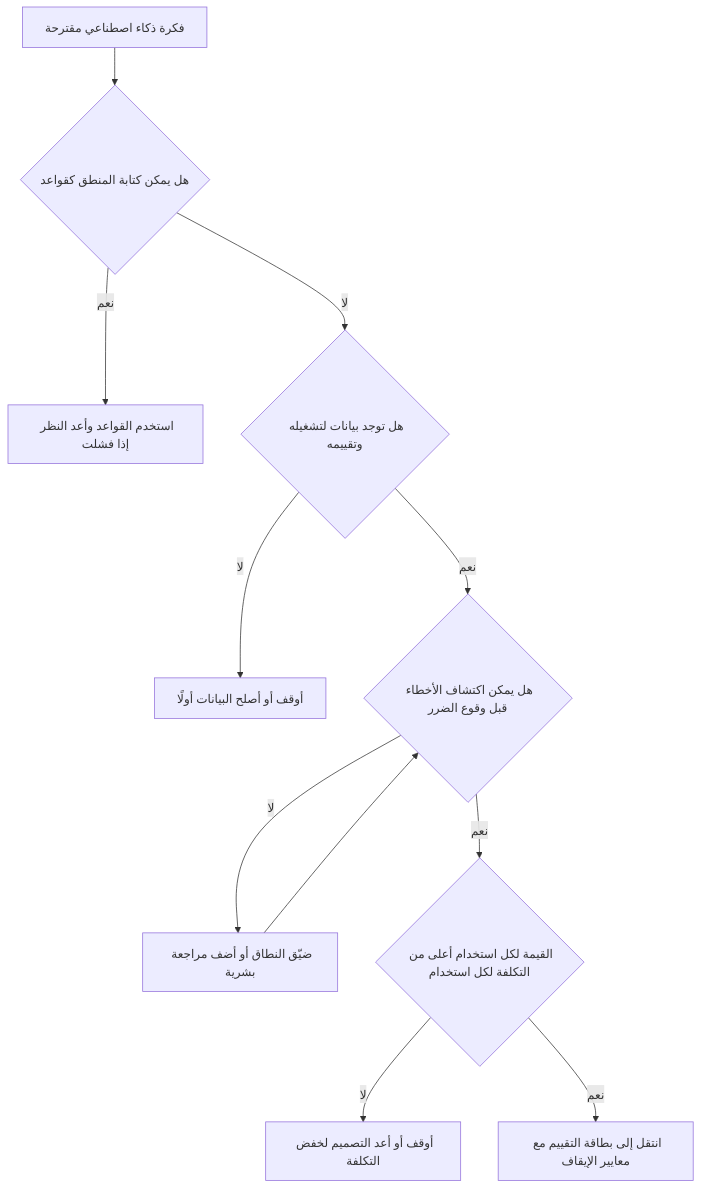
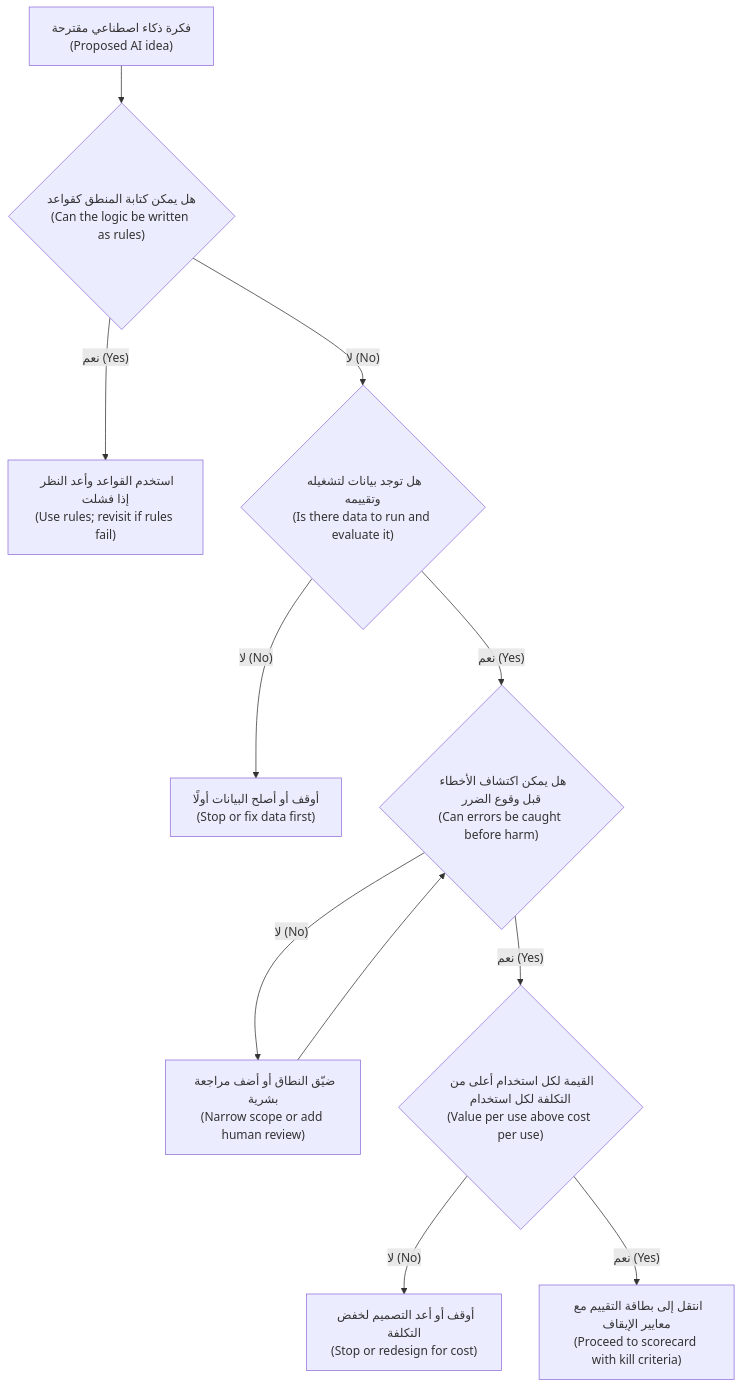
One commit to Tamoura/system-design-for-vibe-coders changed the third of 3 diagrams in aipm/modules/02-discovery.ar.md. Above: the diagram before and after it, drawn with Mermaid. The commit also changed other lines of this file and 9 other files, not shown here.

First line of the commit message:
AI PM course (AR): right-to-left diagrams with English labels

````diff
--- a/aipm/modules/02-discovery.ar.md
+++ b/aipm/modules/02-discovery.ar.md
@@ -498,13 +498,13 @@
 ```mermaid
 flowchart TD
-    A["فكرة ذكاء اصطناعي مقترحة"] --> B{"هل يمكن كتابة المنطق كقواعد"}
-    B -- "نعم" --> R["استخدم القواعد وأعد النظر إذا فشلت"]
-    B -- "لا" --> C{"هل توجد بيانات لتشغيله وتقييمه"}
-    C -- "لا" --> D["أوقف أو أصلح البيانات أولًا"]
-    C -- "نعم" --> E{"هل يمكن اكتشاف الأخطاء قبل وقوع الضرر"}
-    E -- "لا" --> F["ضيّق النطاق أو أضف مراجعة بشرية"]
-    E -- "نعم" --> G{"القيمة لكل استخدام أعلى من التكلفة لكل استخدام"}
-    G -- "لا" --> H["أوقف أو أعد التصميم لخفض التكلفة"]
-    G -- "نعم" --> I["انتقل إلى بطاقة التقييم مع معايير الإيقاف"]
+    A["فكرة ذكاء اصطناعي مقترحة<br/>(Proposed AI idea)"] --> B{"هل يمكن كتابة المنطق كقواعد<br/>(Can the logic be written as rules)"}
+    B -- "نعم (Yes)" --> R["استخدم القواعد وأعد النظر إذا فشلت<br/>(Use rules#59; revisit if rules fail)"]
+    B -- "لا (No)" --> C{"هل توجد بيانات لتشغيله وتقييمه<br/>(Is there data to run and evaluate it)"}
+    C -- "لا (No)" --> D["أوقف أو أصلح البيانات أولًا<br/>(Stop or fix data first)"]
+    C -- "نعم (Yes)" --> E{"هل يمكن اكتشاف الأخطاء قبل وقوع الضرر<br/>(Can errors be caught before harm)"}
+    E -- "لا (No)" --> F["ضيّق النطاق أو أضف مراجعة بشرية<br/>(Narrow scope or add human review)"]
+    E -- "نعم (Yes)" --> G{"القيمة لكل استخدام أعلى من التكلفة لكل استخدام<br/>(Value per use above cost per use)"}
+    G -- "لا (No)" --> H["أوقف أو أعد التصميم لخفض التكلفة<br/>(Stop or redesign for cost)"]
+    G -- "نعم (Yes)" --> I["انتقل إلى بطاقة التقييم مع معايير الإيقاف<br/>(Proceed to scorecard with kill criteria)"]
     F --> E
 ```
````
